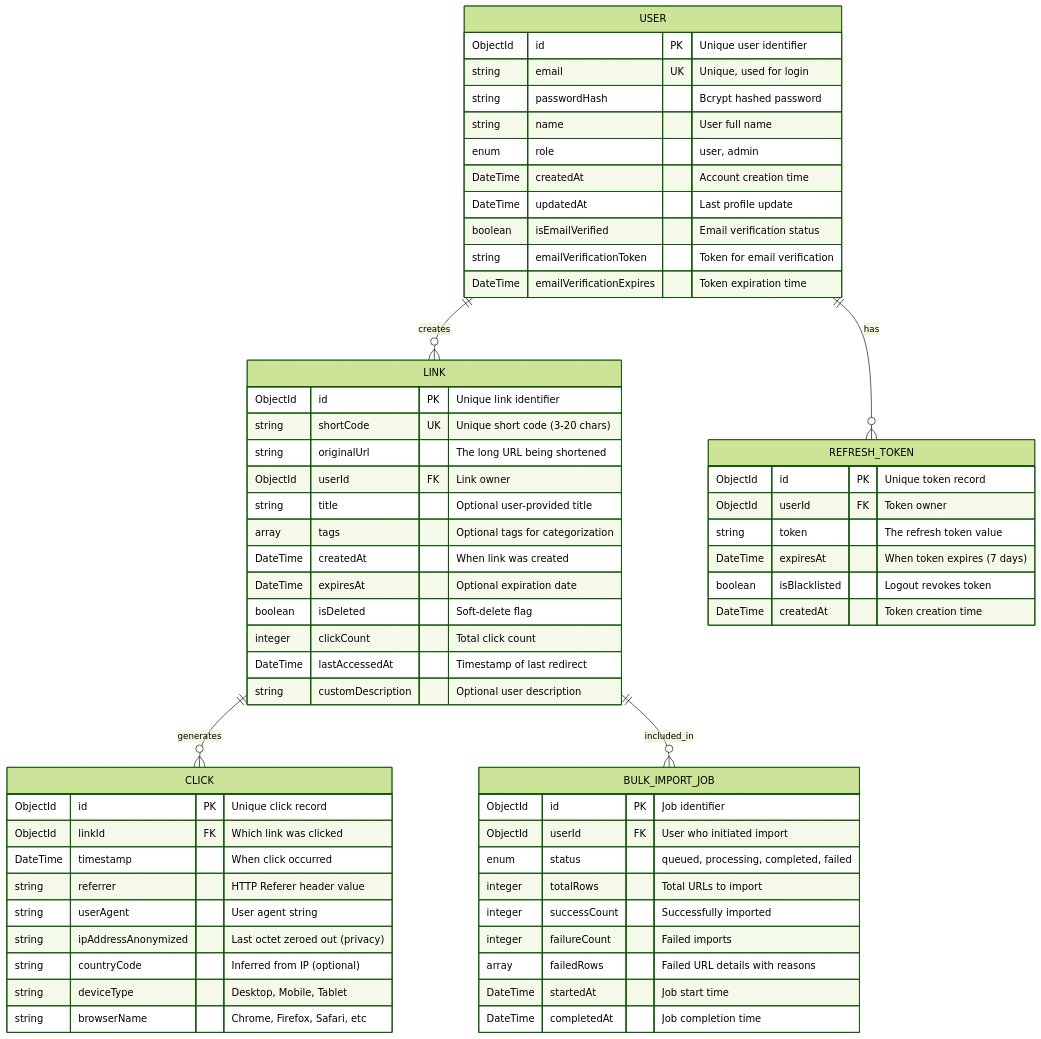
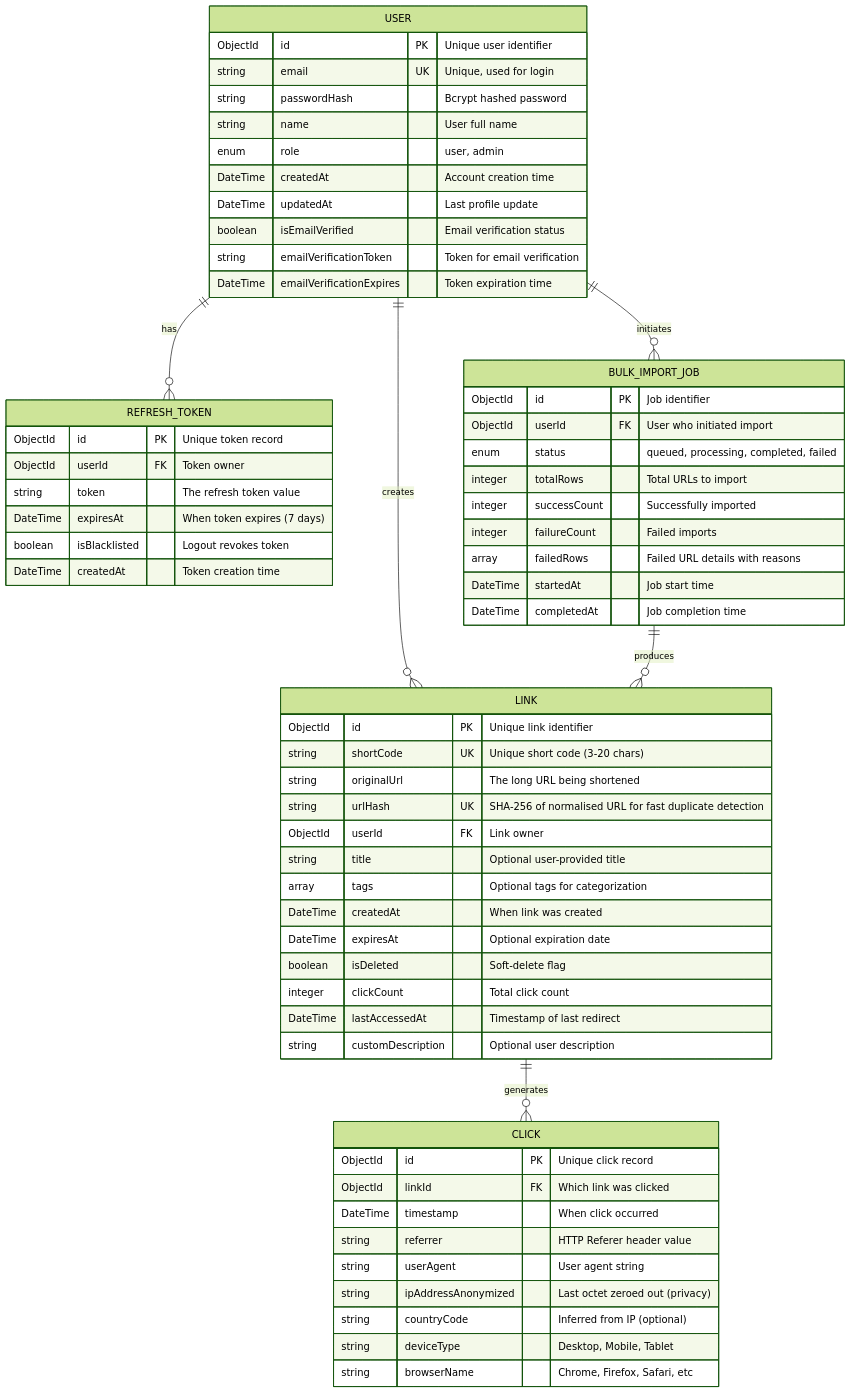
The diagram in specs/diagrams/er-diagram.md (dsharma-lab/shrtnr), drawn with Mermaid (forest theme) before and after one commit. The commit also changed other lines of this file and 3 other files, not shown here.

````diff
--- a/specs/diagrams/er-diagram.md
+++ b/specs/diagrams/er-diagram.md
@@ -3,68 +3,70 @@
 ```mermaid
 erDiagram
     USER ||--o{ LINK : creates
     USER ||--o{ REFRESH_TOKEN : has
+    USER ||--o{ BULK_IMPORT_JOB : initiates
     LINK ||--o{ CLICK : generates
-    LINK ||--o{ BULK_IMPORT_JOB : included_in
+    BULK_IMPORT_JOB ||--o{ LINK : produces
 
     USER {
         ObjectId id PK "Unique user identifier"
         string email UK "Unique, used for login"
         string passwordHash "Bcrypt hashed password"
         string name "User full name"
         enum role "user, admin"
         DateTime createdAt "Account creation time"
         DateTime updatedAt "Last profile update"
         boolean isEmailVerified "Email verification status"
         string emailVerificationToken "Token for email verification"
         DateTime emailVerificationExpires "Token expiration time"
     }
 
     LINK {
         ObjectId id PK "Unique link identifier"
         string shortCode UK "Unique short code (3-20 chars)"
         string originalUrl "The long URL being shortened"
+        string urlHash UK "SHA-256 of normalised URL for fast duplicate detection"
         ObjectId userId FK "Link owner"
         string title "Optional user-provided title"
         array tags "Optional tags for categorization"
         DateTime createdAt "When link was created"
         DateTime expiresAt "Optional expiration date"
         boolean isDeleted "Soft-delete flag"
         integer clickCount "Total click count"
         DateTime lastAccessedAt "Timestamp of last redirect"
         string customDescription "Optional user description"
     }
 
     CLICK {
         ObjectId id PK "Unique click record"
         ObjectId linkId FK "Which link was clicked"
         DateTime timestamp "When click occurred"
         string referrer "HTTP Referer header value"
         string userAgent "User agent string"
         string ipAddressAnonymized "Last octet zeroed out (privacy)"
         string countryCode "Inferred from IP (optional)"
         string deviceType "Desktop, Mobile, Tablet"
         string browserName "Chrome, Firefox, Safari, etc"
     }
 
     REFRESH_TOKEN {
         ObjectId id PK "Unique token record"
         ObjectId userId FK "Token owner"
         string token "The refresh token value"
         DateTime expiresAt "When token expires (7 days)"
         boolean isBlacklisted "Logout revokes token"
         DateTime createdAt "Token creation time"
     }
 
     BULK_IMPORT_JOB {
         ObjectId id PK "Job identifier"
         ObjectId userId FK "User who initiated import"
         enum status "queued, processing, completed, failed"
         integer totalRows "Total URLs to import"
         integer successCount "Successfully imported"
         integer failureCount "Failed imports"
         array failedRows "Failed URL details with reasons"
         DateTime startedAt "Job start time"
         DateTime completedAt "Job completion time"
     }
 ```
````
